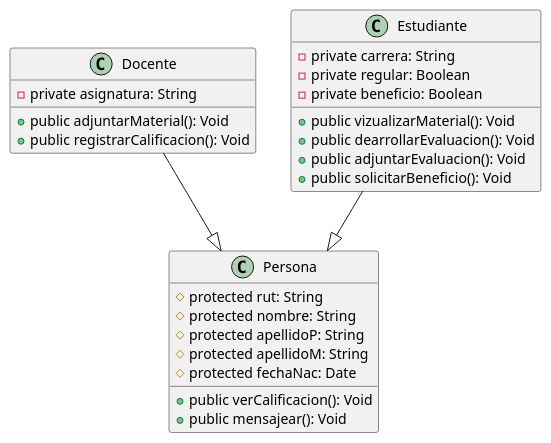
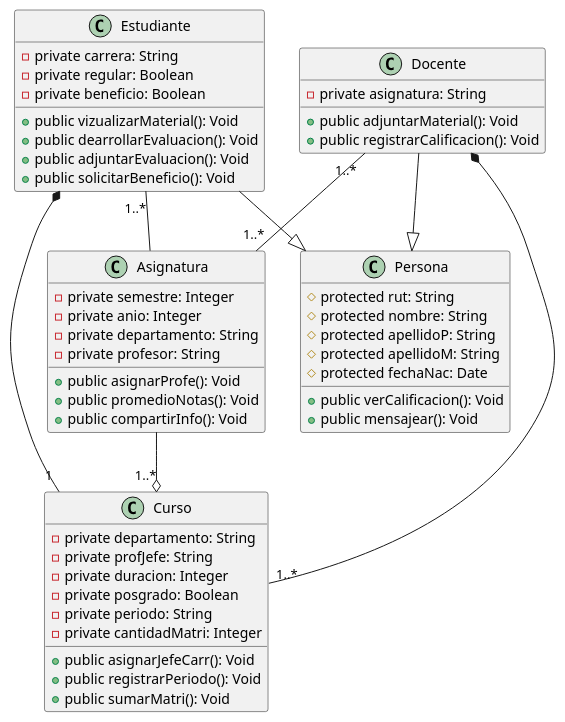
Before and after one commit to beneducarrco99/Evaluaci-n-Sumativa-4-POO: the diagram in evaluacion4POO.puml, drawn with PlantUML.

Commit message:
relCandA

```diff
--- a/evaluacion4POO.puml
+++ b/evaluacion4POO.puml
@@ -1,33 +1,63 @@
 @startuml
 class Persona {
     # protected rut: String
     # protected nombre: String
     # protected apellidoP: String
     # protected apellidoM: String
     # protected fechaNac: Date
 
     + public verCalificacion(): Void
     + public mensajear(): Void
 }
 
 class Docente {
     - private asignatura: String
 
     + public adjuntarMaterial(): Void
     + public registrarCalificacion(): Void
 }
 
 class Estudiante {
     - private carrera: String
     - private regular: Boolean
     - private beneficio: Boolean
 
     + public vizualizarMaterial(): Void
     + public dearrollarEvaluacion(): Void
     + public adjuntarEvaluacion(): Void
     + public solicitarBeneficio(): Void
 }
 
+class Curso {
+    - private departamento: String
+    - private profJefe: String
+    - private duracion: Integer
+    - private posgrado: Boolean
+    - private periodo: String
+    - private cantidadMatri: Integer
+
+    + public asignarJefeCarr(): Void
+    + public registrarPeriodo(): Void
+    + public sumarMatri(): Void
+}
+
+class Asignatura {
+    - private semestre: Integer
+    - private anio: Integer
+    - private departamento: String
+    - private profesor: String
+
+    + public asignarProfe(): Void
+    + public promedioNotas(): Void
+    + public compartirInfo(): Void 
+}
+
 Docente --|> Persona
 Estudiante --|> Persona
+Asignatura --o "1..*" Curso
+Estudiante "1..*" -- Asignatura
+Estudiante *-- "1" Curso
+Docente *-- "1..*" Curso
+Docente "1..*" -- "1..*" Asignatura
+
 @enduml
```
